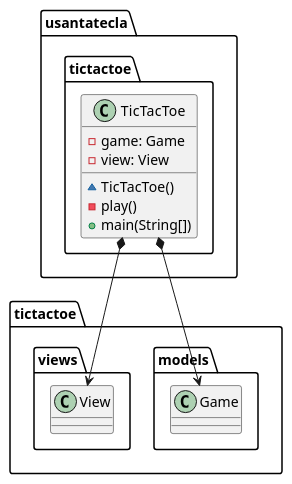
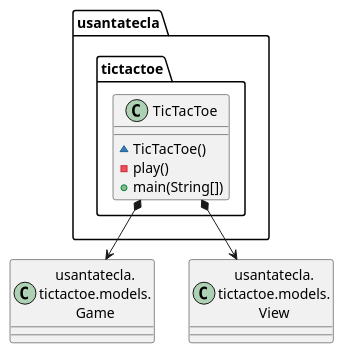
The first of 5 diagrams in documentView/console/docs/diagrams/src/paquetes.plantuml (Jolucaa/USantaTecla-project-ticTacToe), drawn with PlantUML before and after one commit. The commit also changed other lines of this file and 111 other files, not shown here.

Commit message:
[dv] Added types package + refactored diagrams

```diff
--- a/documentView/console/docs/diagrams/src/paquetes.plantuml
+++ b/documentView/console/docs/diagrams/src/paquetes.plantuml
@@ -1,11 +1,12 @@
 @startuml tictactoe
+class Game as "usantatecla.\ntictactoe.models.\nGame"
+class View as "usantatecla.\ntictactoe.models.\nView"
+
 class  usantatecla.tictactoe.TicTacToe{
-- game: Game
-- view: View
-~ TicTacToe()
-- play()
-+ main(String[])
+  ~ TicTacToe()
+  - play()
+  + main(String[])
 }
-usantatecla.tictactoe.TicTacToe *-down-> tictactoe.models.Game
-usantatecla.tictactoe.TicTacToe *-down-> tictactoe.views.View
+usantatecla.tictactoe.TicTacToe *-down-> Game
+usantatecla.tictactoe.TicTacToe *-down-> View
 @enduml
```
